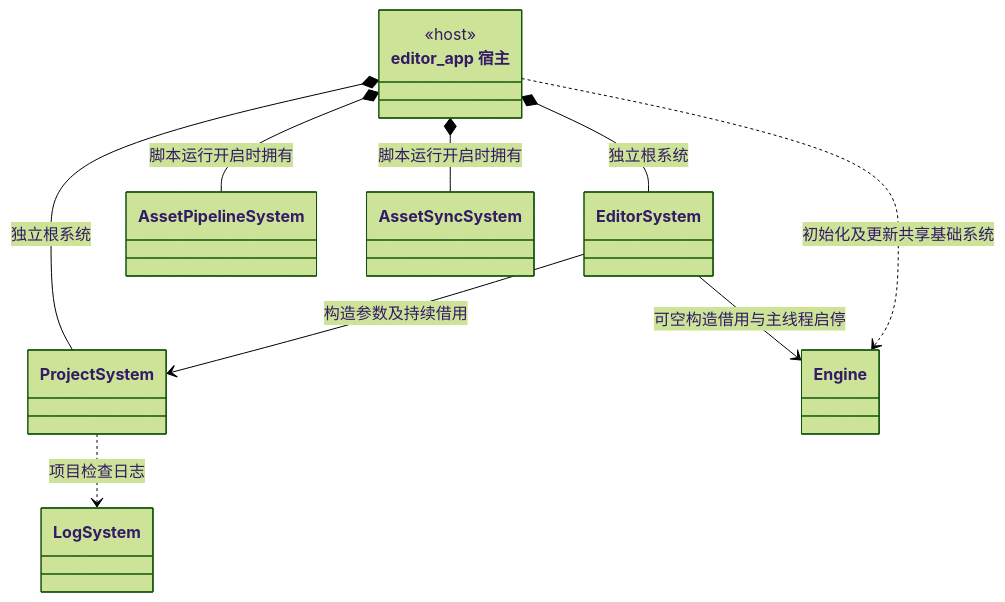
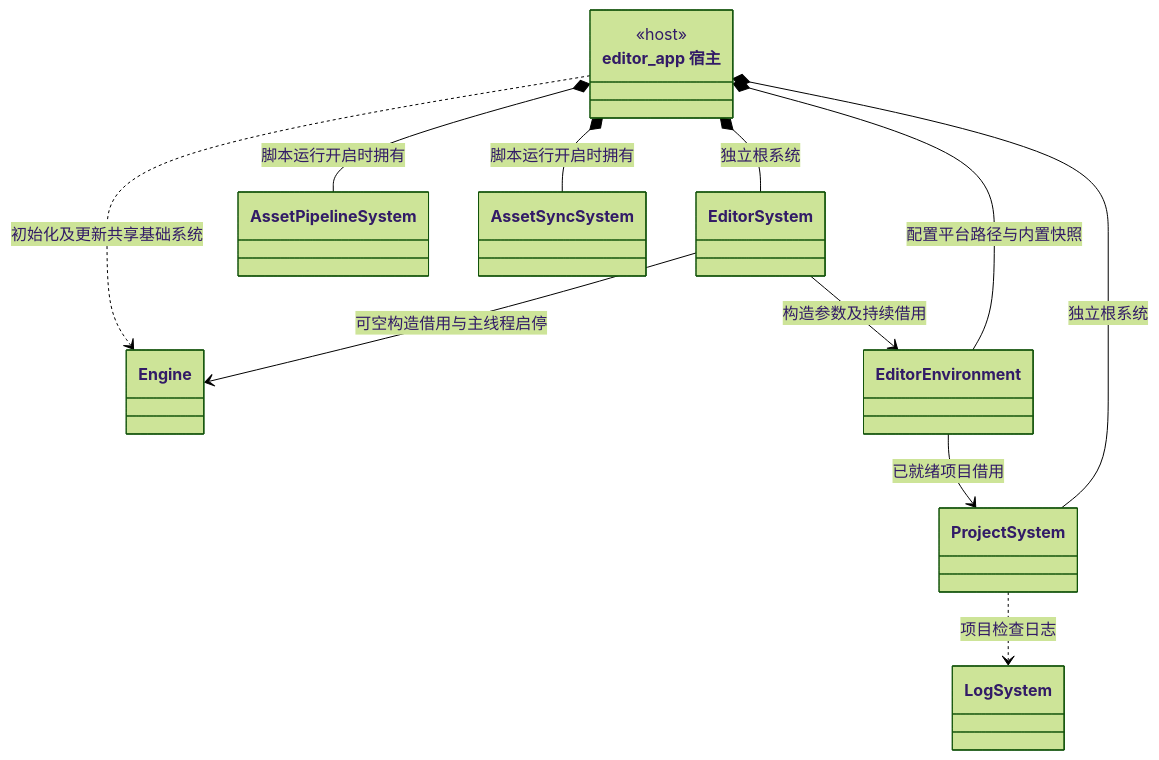
One commit to lcals/Engine changed the seventh of 18 diagrams in docs/class-diagrams/references.md. Above: the diagram before and after it, drawn with Mermaid (forest theme). The commit also changed other lines of this file and 93 other files, not shown here.

````diff
--- a/docs/class-diagrams/references.md
+++ b/docs/class-diagrams/references.md
@@ -177,21 +181,24 @@
 ```mermaid
 classDiagram
     direction TB
     class EditorHost["editor_app 宿主"] {
         <<host>>
     }
     class ProjectSystem
     class EditorSystem
     class AssetPipelineSystem
     class AssetSyncSystem
     class Engine
     class LogSystem
     EditorHost *-- ProjectSystem : 独立根系统
     EditorHost *-- EditorSystem : 独立根系统
     EditorHost *-- AssetPipelineSystem : 脚本运行开启时拥有
     EditorHost *-- AssetSyncSystem : 脚本运行开启时拥有
-    EditorSystem --> ProjectSystem : 构造参数及持续借用
+    class EditorEnvironment
+    EditorHost *-- EditorEnvironment : 配置平台路径与内置快照
+    EditorEnvironment --> ProjectSystem : 已就绪项目借用
+    EditorSystem --> EditorEnvironment : 构造参数及持续借用
     EditorSystem --> Engine : 可空构造借用与主线程启停
     ProjectSystem ..> LogSystem : 项目检查日志
     EditorHost ..> Engine : 初始化及更新共享基础系统
 ```
````
